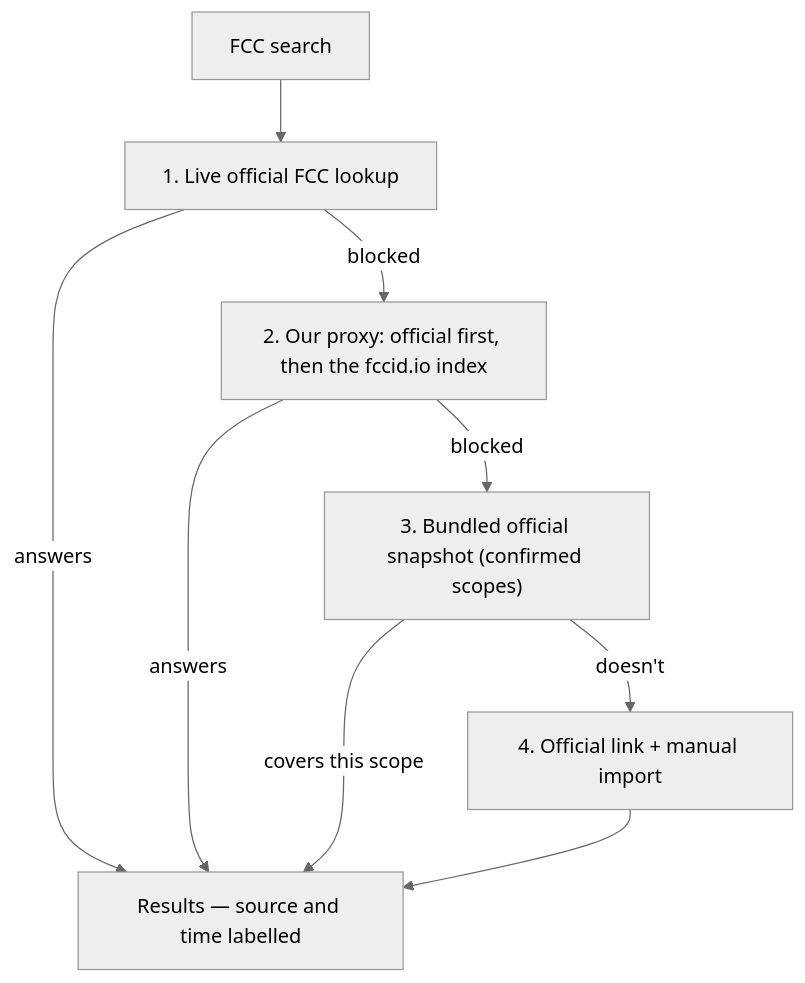
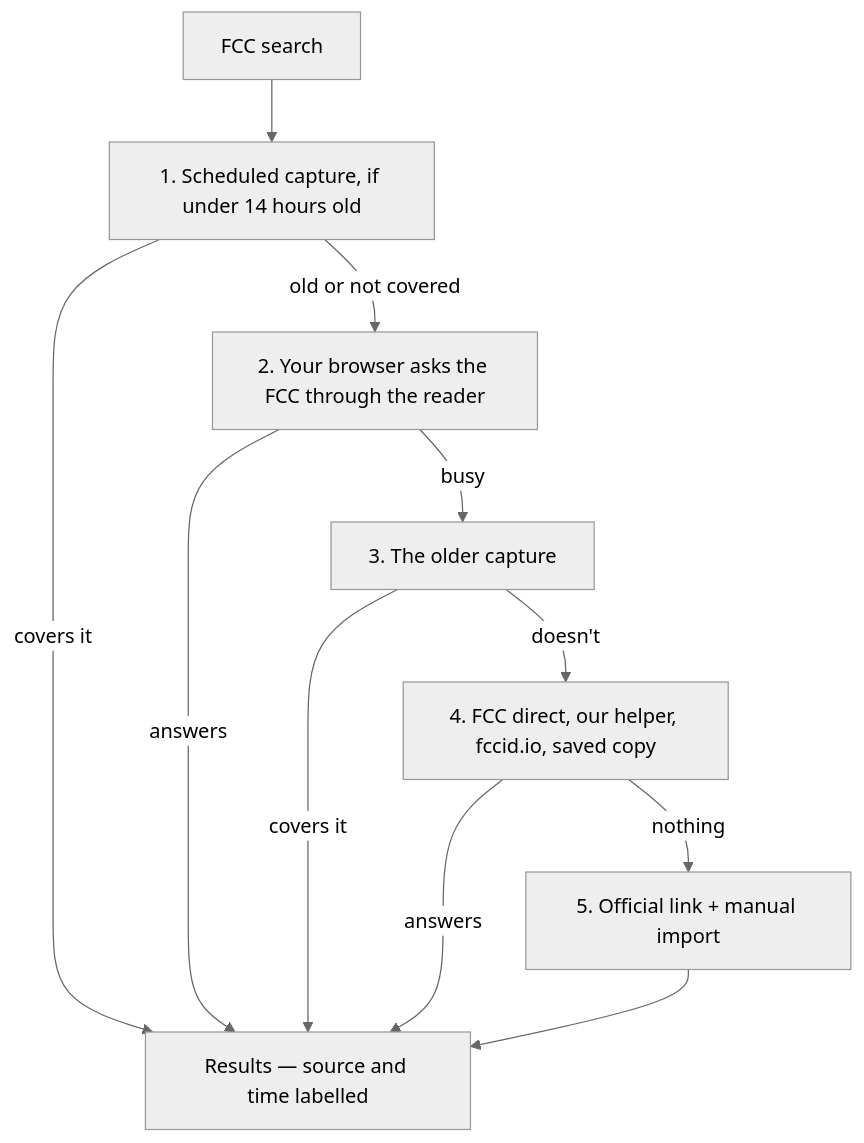
Before and after one commit to ahmedbins/fda_device: the diagram in guide/06-when-a-source-wont-answer.md, drawn with Mermaid (neutral theme). The commit also changed other lines of this file and 5 other files, not shown here.

First line of the commit message:
Document the FCC capture fix, the browser reader fallback and recent changes

````diff
--- a/guide/06-when-a-source-wont-answer.md
+++ b/guide/06-when-a-source-wont-answer.md
@@ -38,11 +40,13 @@
 ```mermaid
 flowchart TD
-  Q["FCC search"] --> R1["1. Live official FCC lookup"]
-  R1 -->|answers| OK["Results — source and time labelled"]
-  R1 -->|blocked| R2["2. Our proxy: official first, then the fccid.io index"]
+  Q["FCC search"] --> R1["1. Scheduled capture, if under 14 hours old"]
+  R1 -->|covers it| OK["Results — source and time labelled"]
+  R1 -->|old or not covered| R2["2. Your browser asks the FCC through the reader"]
   R2 -->|answers| OK
-  R2 -->|blocked| R3["3. Bundled official snapshot (confirmed scopes)"]
-  R3 -->|covers this scope| OK
-  R3 -->|doesn't| R4["4. Official link + manual import"]
-  R4 --> OK
+  R2 -->|busy| R3["3. The older capture"]
+  R3 -->|covers it| OK
+  R3 -->|doesn't| R4["4. FCC direct, our helper, fccid.io, saved copy"]
+  R4 -->|answers| OK
+  R4 -->|nothing| R5["5. Official link + manual import"]
+  R5 --> OK
 ```
````
